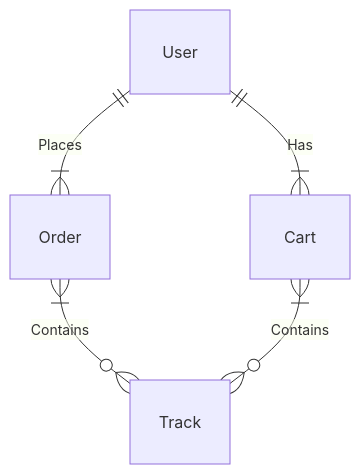
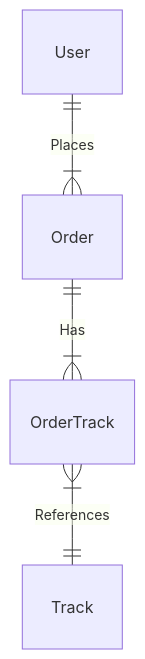
The diagram in notes/Database Diagram.md (willhollingsworth/Track-Shop), drawn with Mermaid before and after one commit. The commit also changed other lines of this file and 1 other file, not shown here.

Commit message:
docs: updating db docs

````diff
--- a/notes/Database Diagram.md
+++ b/notes/Database Diagram.md
@@ -1,11 +1,10 @@
 ```mermaid
 erDiagram
     Order
     User
-    Cart
     Track
+    OrderTrack
     User ||--|{ Order : Places
-    Order }|--o{ Track : Contains
-    User ||--|{ Cart : Has
-    Cart }|--o{ Track : Contains
+    Order ||--|{ OrderTrack : Has
+    OrderTrack }|--|| Track : References
 ```
````
